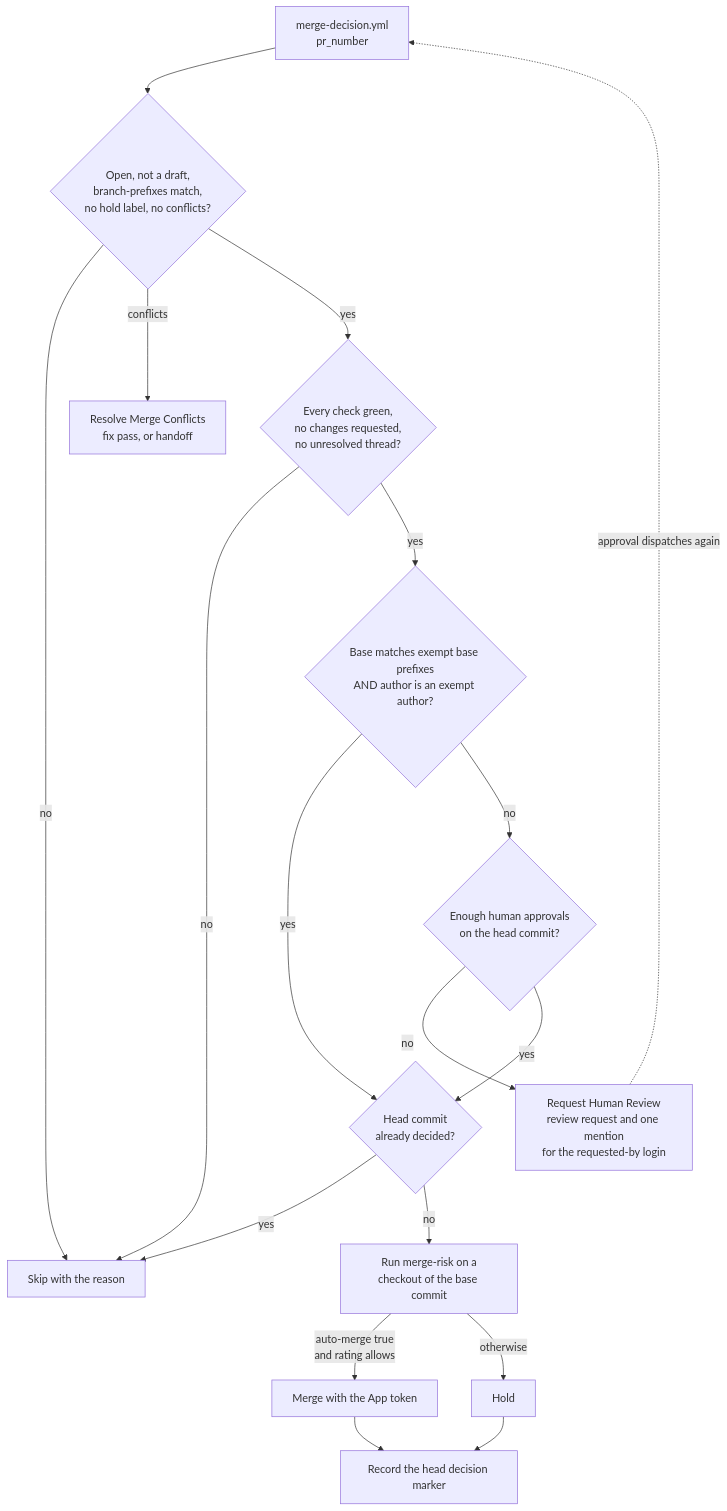
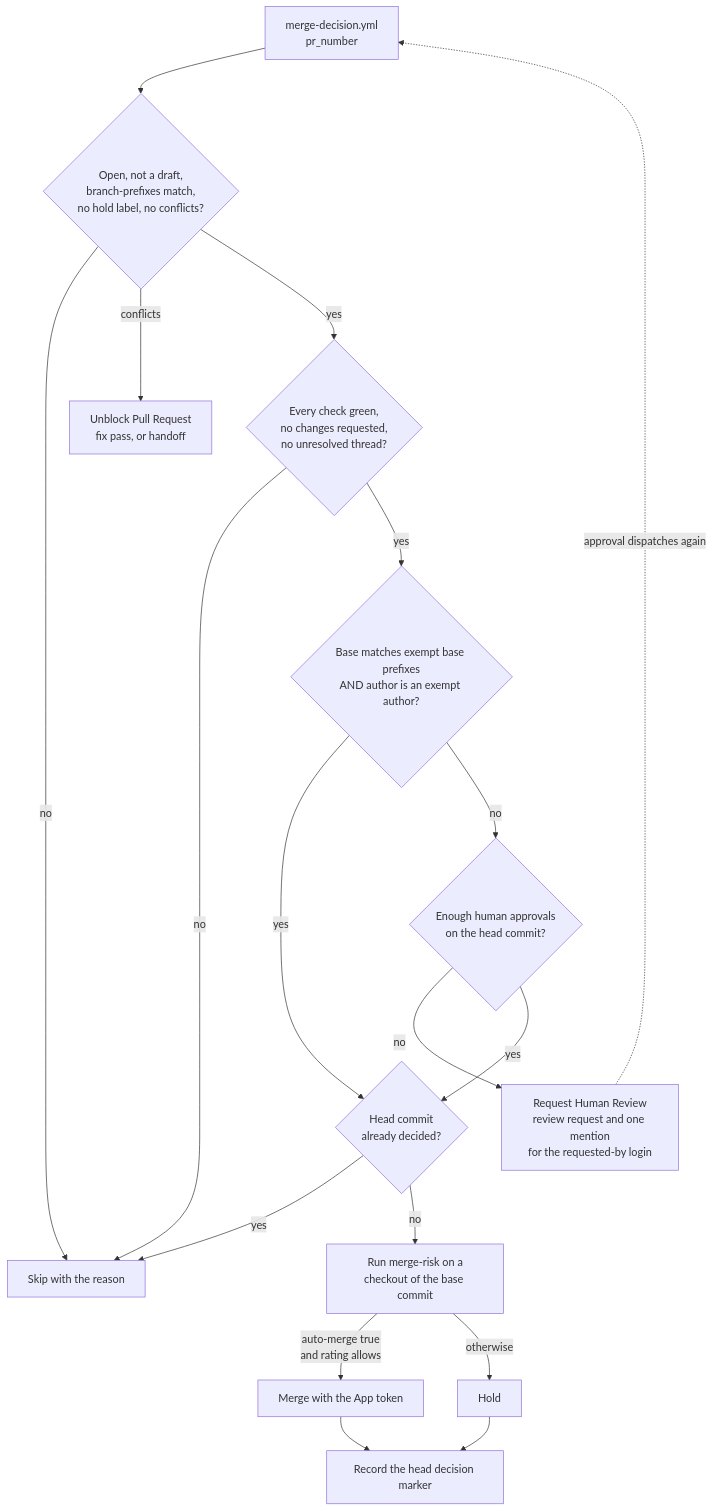
The third of 10 diagrams in README.md (fbrissi/github-actions), drawn with Mermaid before and after one commit. The commit also changed other lines of this file and 11 other files, not shown here.

````diff
--- a/README.md
+++ b/README.md
@@ -567,20 +572,20 @@
 ```mermaid
 flowchart TD
   start["merge-decision.yml<br/>pr_number"] --> g1{"Open, not a draft,<br/>branch-prefixes match,<br/>no hold label, no conflicts?"}
   g1 -- "no" --> skip["Skip with the reason"]
-  g1 -- "conflicts" --> conf["Resolve Merge Conflicts<br/>fix pass, or handoff"]
+  g1 -- "conflicts" --> conf["Unblock Pull Request<br/>fix pass, or handoff"]
   g1 -- "yes" --> g2{"Every check green,<br/>no changes requested,<br/>no unresolved thread?"}
   g2 -- "no" --> skip
   g2 -- "yes" --> ex{"Base matches exempt base prefixes<br/>AND author is an exempt author?"}
   ex -- "yes" --> g4{"Head commit<br/>already decided?"}
   ex -- "no" --> appr{"Enough human approvals<br/>on the head commit?"}
   appr -- "no" --> req["Request Human Review<br/>review request and one mention<br/>for the requested-by login"]
   req -. "approval dispatches again" .-> start
   appr -- "yes" --> g4
   g4 -- "yes" --> skip
   g4 -- "no" --> risk["Run merge-risk on a<br/>checkout of the base commit"]
   risk -- "auto-merge true<br/>and rating allows" --> merged["Merge with the App token"]
   risk -- "otherwise" --> hold["Hold"]
   merged --> rec["Record the head decision marker"]
   hold --> rec
 ```
````
